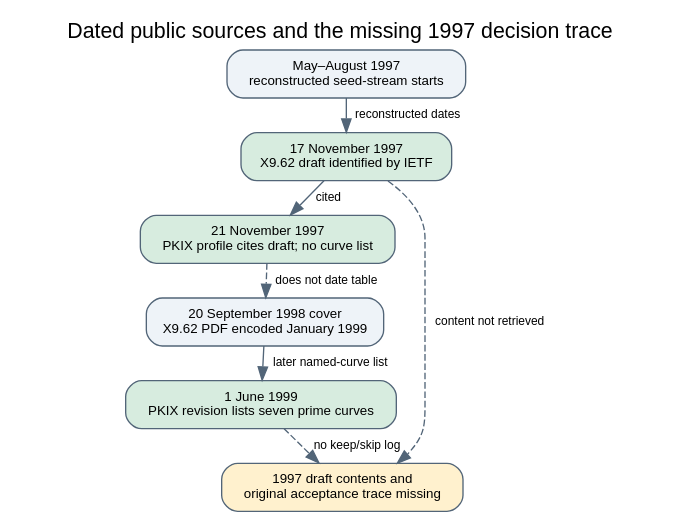
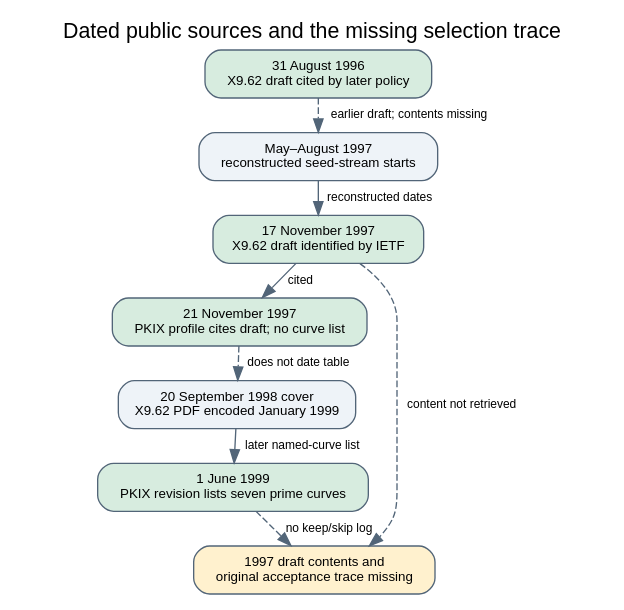
One commit to aburan28/crypto-autoresearcher changed the diagram in research/nist_seed_1997_draft_archive_20261023/timeline.dot. Above: the diagram before and after it, drawn with Graphviz. The commit also changed 4 other files, not shown here.

Commit message:
Record earlier X9.62 draft citation in seed history

```diff
--- a/research/nist_seed_1997_draft_archive_20261023/timeline.dot
+++ b/research/nist_seed_1997_draft_archive_20261023/timeline.dot
@@ -1,17 +1,19 @@
 digraph G {
-  graph [rankdir=TB, bgcolor="white", fontname="Helvetica", label="Dated public sources and the missing 1997 decision trace", labelloc=t, fontsize=16, nodesep=0.20, ranksep=0.22];
+  graph [rankdir=TB, bgcolor="white", fontname="Helvetica", label="Dated public sources and the missing selection trace", labelloc=t, fontsize=16, nodesep=0.20, ranksep=0.22];
   node [shape=box, style="rounded,filled", fillcolor="#eef3f8", color="#526578", fontname="Helvetica", fontsize=10];
   edge [fontname="Helvetica", fontsize=9, color="#526578"];
+  draft96 [label="31 August 1996\nX9.62 draft cited by later policy", fillcolor="#d7ecdf"];
   runs [label="May–August 1997\nreconstructed seed-stream starts"];
   draft [label="17 November 1997\nX9.62 draft identified by IETF", fillcolor="#d7ecdf"];
   pkix97 [label="21 November 1997\nPKIX profile cites draft; no curve list", fillcolor="#d7ecdf"];
   cover [label="20 September 1998 cover\nX9.62 PDF encoded January 1999"];
   pkix99 [label="1 June 1999\nPKIX revision lists seven prime curves", fillcolor="#d7ecdf"];
   missing [label="1997 draft contents and\noriginal acceptance trace missing", fillcolor="#fff1ce"];
+  draft96 -> runs [style=dashed, label="earlier draft; contents missing"];
   runs -> draft [label="reconstructed dates"];
   draft -> pkix97 [label="cited"];
   pkix97 -> cover [style=dashed, label="does not date table"];
   cover -> pkix99 [label="later named-curve list"];
   draft -> missing [style=dashed, label="content not retrieved"];
   pkix99 -> missing [style=dashed, label="no keep/skip log"];
 }
```
